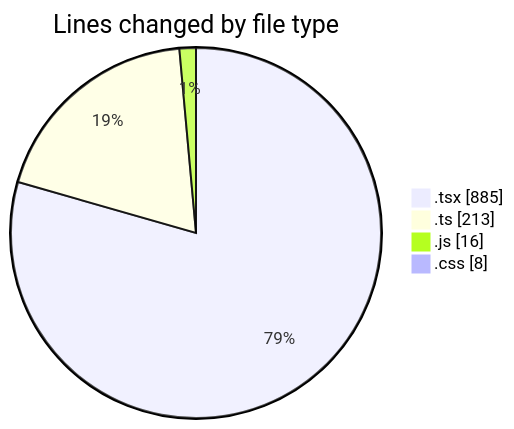
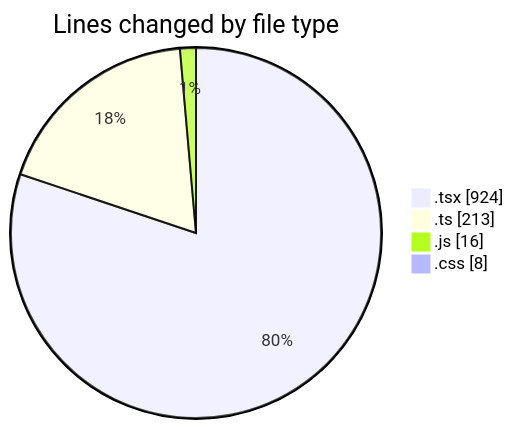
Before and after one commit to robertbonfada/code-tracking: the first of 2 diagrams in 2025-01-17/mbc-web/README.md, drawn with Mermaid. The commit also changed other lines of this file and 1 other file, not shown here.

````diff
--- a/2025-01-17/mbc-web/README.md
+++ b/2025-01-17/mbc-web/README.md
@@ -31,8 +32,8 @@
 ```mermaid
 pie showData
 title Lines changed by file type
-".tsx" : 885
+".tsx" : 924
 ".ts" : 213
 ".js" : 16
 ".css" : 8
 ```
````
